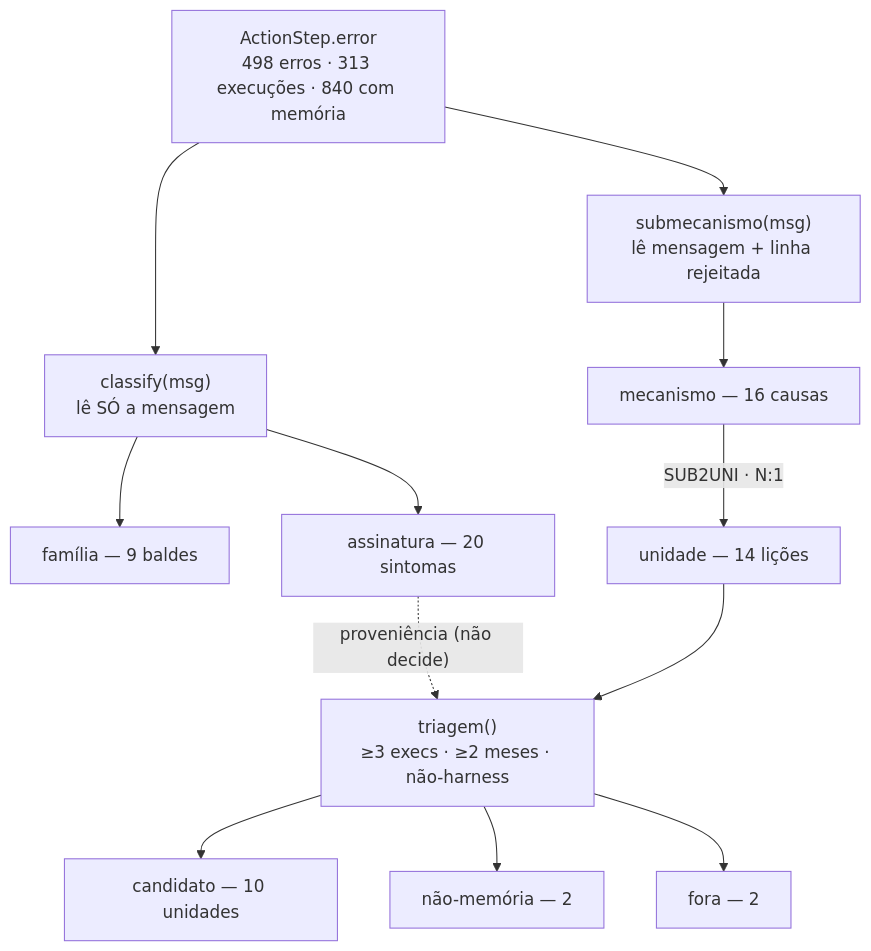
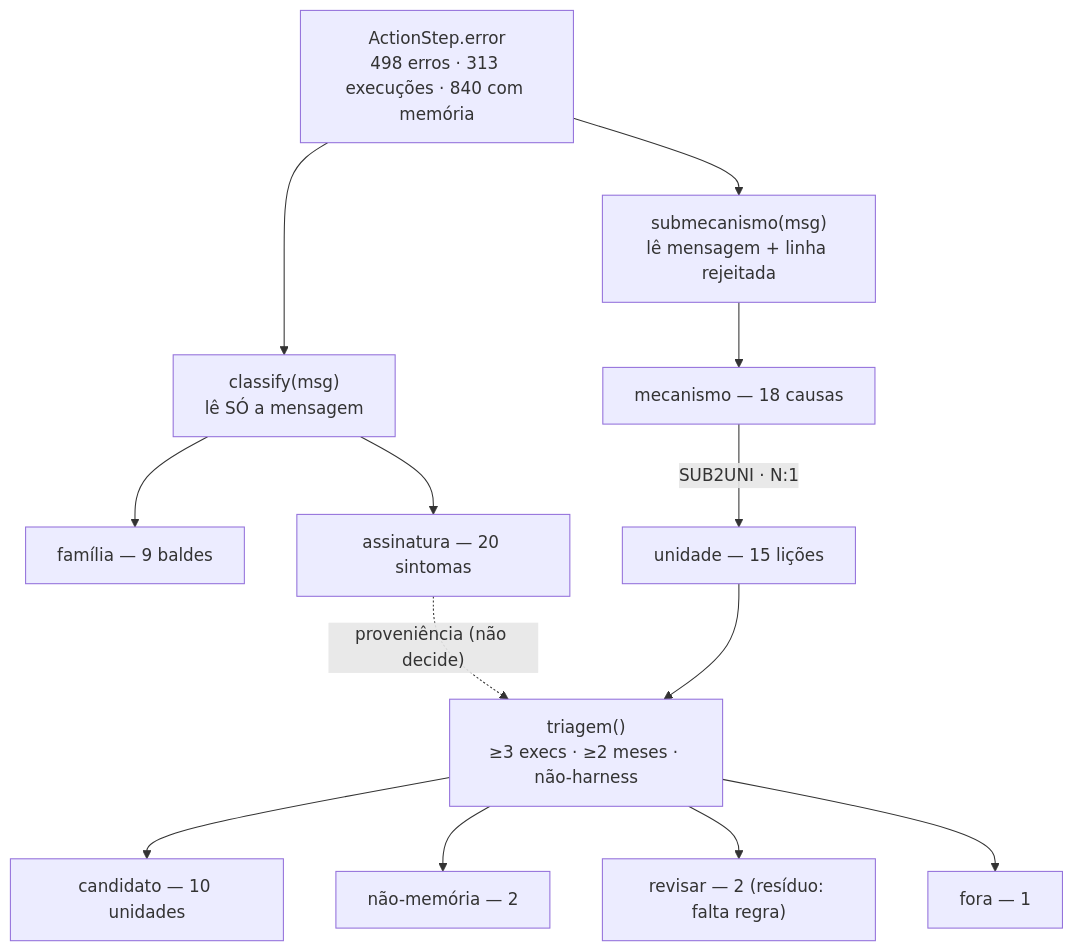
Before and after one commit to rc-ventura/memory_layer_ai_agents: the first of 2 diagrams in analysis/2026-09-trace-law-flow/docs/09-metodologia-erro-a-memoria.md, drawn with Mermaid. The commit also changed other lines of this file and 7 other files, not shown here.

First line of the commit message:
docs: add scoped triage (role × unit) — 9.4/9.5, 18 candidate cells, 14 inherited, roadmap item 21 complete

````diff
--- a/analysis/2026-09-trace-law-flow/docs/09-metodologia-erro-a-memoria.md
+++ b/analysis/2026-09-trace-law-flow/docs/09-metodologia-erro-a-memoria.md
@@ -37,14 +37,15 @@
 ```mermaid
 flowchart TD
     E["ActionStep.error<br/>498 erros · 313 execuções · 840 com memória"] --> C["classify(msg)<br/>lê SÓ a mensagem"]
     E --> S["submecanismo(msg)<br/>lê mensagem + linha rejeitada"]
     C --> F["família — 9 baldes"]
     C --> A["assinatura — 20 sintomas"]
-    S --> M["mecanismo — 16 causas"]
-    M -->|"SUB2UNI · N:1"| U["unidade — 14 lições"]
+    S --> M["mecanismo — 18 causas"]
+    M -->|"SUB2UNI · N:1"| U["unidade — 15 lições"]
     U --> T["triagem()<br/>≥3 execs · ≥2 meses · não-harness"]
     T --> D1["candidato — 10 unidades"]
     T --> D2["não-memória — 2"]
-    T --> D3["fora — 2"]
+    T --> D4["revisar — 2 (resíduo: falta regra)"]
+    T --> D3["fora — 1"]
     A -.->|"proveniência (não decide)"| T
 ```
````
